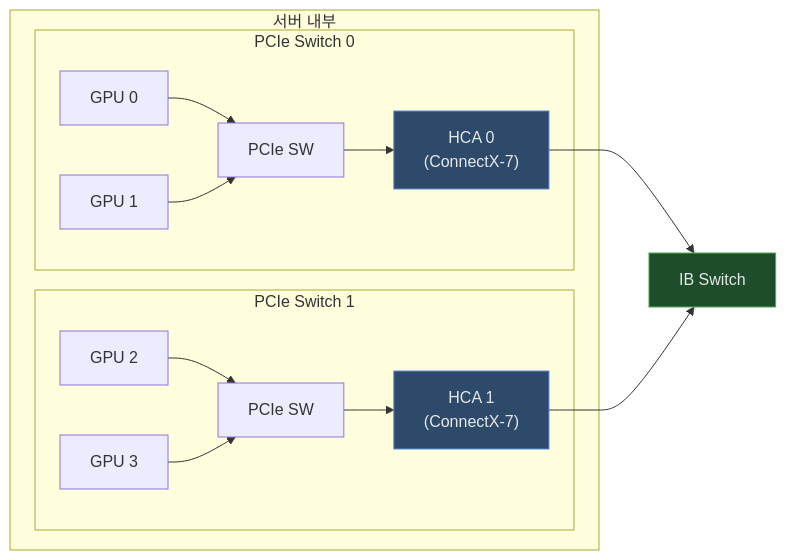
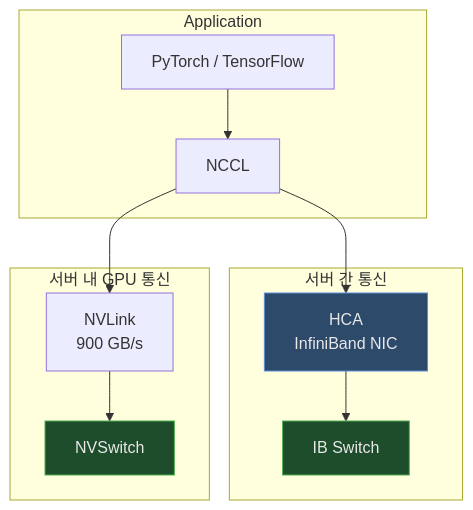
One commit to juwon8891/juwon8891.github.io changed the sixth of 6 diagrams in docs/gpu/infiniband-nvlink-nvswitch.md. Above: the diagram before and after it, drawn with Mermaid. The commit also changed other lines of this file, not shown here.

First line of the commit message:
docs: Simplify GPU interconnect documentation to essentials only

````diff
--- a/docs/gpu/infiniband-nvlink-nvswitch.md
+++ b/docs/gpu/infiniband-nvlink-nvswitch.md
@@ -573,24 +251,28 @@
 ```mermaid
-graph LR
-    subgraph "서버 내부"
-        subgraph "PCIe Switch 0"
-            GPU0[GPU 0] --> PCIE0[PCIe SW]
-            GPU1[GPU 1] --> PCIE0
-            PCIE0 --> HCA0["HCA 0<br/>(ConnectX-7)"]
-        end
-
-        subgraph "PCIe Switch 1"
-            GPU2[GPU 2] --> PCIE1[PCIe SW]
-            GPU3[GPU 3] --> PCIE1
-            PCIE1 --> HCA1["HCA 1<br/>(ConnectX-7)"]
-        end
+graph TB
+    subgraph "Application"
+        APP[PyTorch / TensorFlow]
+        NCCL[NCCL]
     end
 
-    HCA0 --> IB_SW[IB Switch]
-    HCA1 --> IB_SW
+    subgraph "서버 간 통신"
+        HCA[HCA<br/>InfiniBand NIC]
+        IB_SW[IB Switch]
+    end
 
-    style HCA0 fill:#2d4a6b,stroke:#5b8dd9,color:#e8e8e8
-    style HCA1 fill:#2d4a6b,stroke:#5b8dd9,color:#e8e8e8
+    subgraph "서버 내 GPU 통신"
+        NVL[NVLink<br/>900 GB/s]
+        NVS[NVSwitch]
+    end
+
+    APP --> NCCL
+    NCCL --> NVL
+    NCCL --> HCA
+    NVL --> NVS
+    HCA --> IB_SW
+
+    style HCA fill:#2d4a6b,stroke:#5b8dd9,color:#e8e8e8
     style IB_SW fill:#1e4d2b,stroke:#4caf50,color:#e8e8e8
+    style NVS fill:#1e4d2b,stroke:#4caf50,color:#e8e8e8
 
 ```
````
